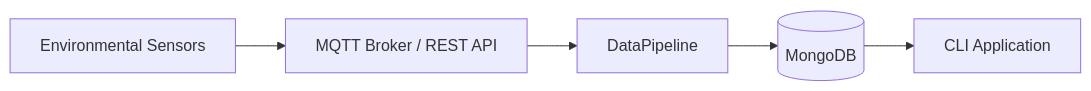
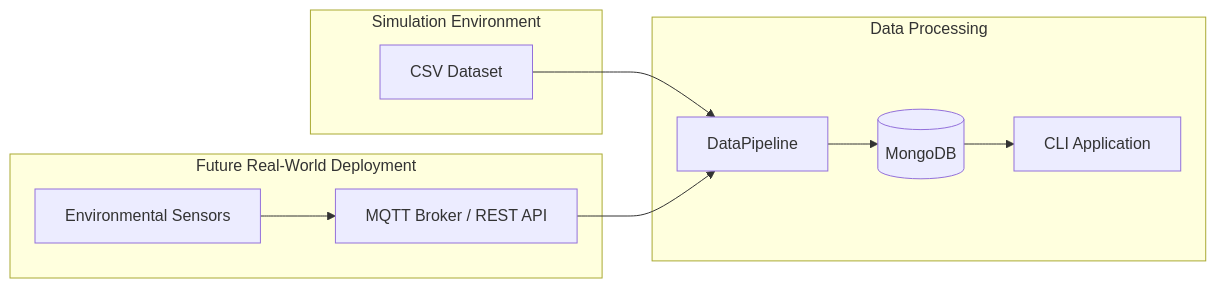
The third of 3 diagrams in README.md (tipofyzik/mongodb_for_storing_sensor_data), drawn with Mermaid before and after one commit. The commit also changed other lines of this file, not shown here.

````diff
--- a/README.md
+++ b/README.md
@@ -160,14 +159,24 @@
 ```mermaid
 flowchart LR
 
-A[Environmental Sensors]
-B[MQTT Broker / REST API]
-C[DataPipeline]
-D[(MongoDB)]
-E[CLI Application]
+subgraph Simulation["Simulation Environment"]
+A[CSV Dataset]
+end
 
-A --> B
+subgraph Real["Future Real-World Deployment"]
+B[Environmental Sensors]
+C[MQTT Broker / REST API]
+end
+
+subgraph Processing["Data Processing"]
+D[DataPipeline]
+E[(MongoDB)]
+F[CLI Application]
+end
+
+A --> D
 B --> C
 C --> D
 D --> E
+E --> F
 ```
````
